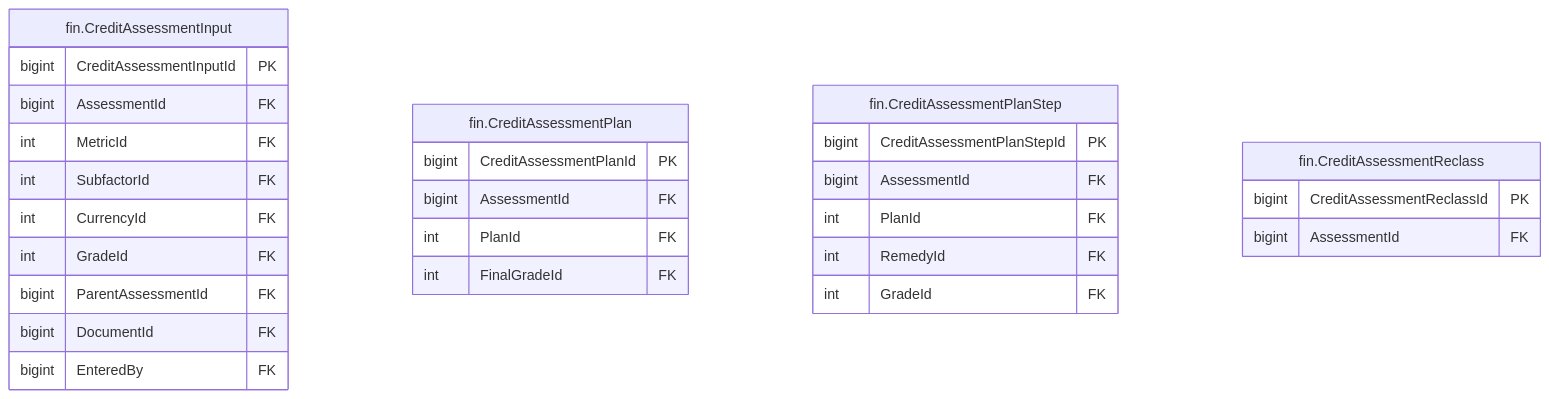
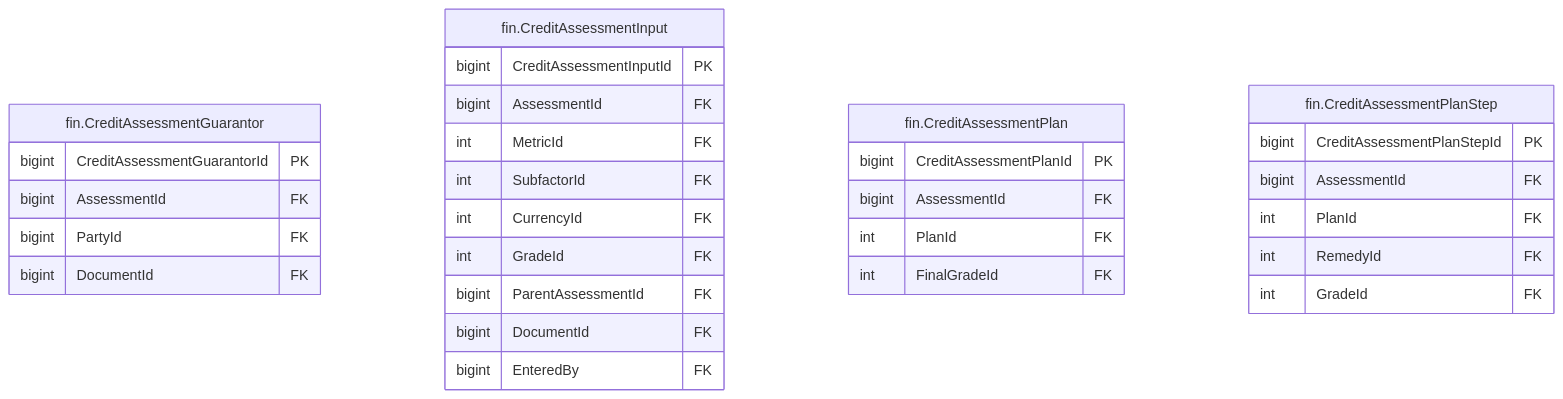
The diagram in treasury-platform/docs/diagrams/erd/m5_financials_4.mmd (thawrasy/smartlines), drawn with Mermaid before and after one commit. The commit also changed 217 other files, not shown here.

```diff
--- a/treasury-platform/docs/diagrams/erd/m5_financials_4.mmd
+++ b/treasury-platform/docs/diagrams/erd/m5_financials_4.mmd
@@ -1,30 +1,32 @@
 %% م5 · البيانات المالية والأرصدة (4/14) — Financial statements & balances
 erDiagram
+  fin_CreditAssessmentGuarantor["fin.CreditAssessmentGuarantor"] {
+    bigint CreditAssessmentGuarantorId PK
+    bigint AssessmentId FK
+    bigint PartyId FK
+    bigint DocumentId FK
+  }
   fin_CreditAssessmentInput["fin.CreditAssessmentInput"] {
     bigint CreditAssessmentInputId PK
     bigint AssessmentId FK
     int MetricId FK
     int SubfactorId FK
     int CurrencyId FK
     int GradeId FK
     bigint ParentAssessmentId FK
     bigint DocumentId FK
     bigint EnteredBy FK
   }
   fin_CreditAssessmentPlan["fin.CreditAssessmentPlan"] {
     bigint CreditAssessmentPlanId PK
     bigint AssessmentId FK
     int PlanId FK
     int FinalGradeId FK
   }
   fin_CreditAssessmentPlanStep["fin.CreditAssessmentPlanStep"] {
     bigint CreditAssessmentPlanStepId PK
     bigint AssessmentId FK
     int PlanId FK
     int RemedyId FK
     int GradeId FK
   }
-  fin_CreditAssessmentReclass["fin.CreditAssessmentReclass"] {
-    bigint CreditAssessmentReclassId PK
-    bigint AssessmentId FK
-  }
```
